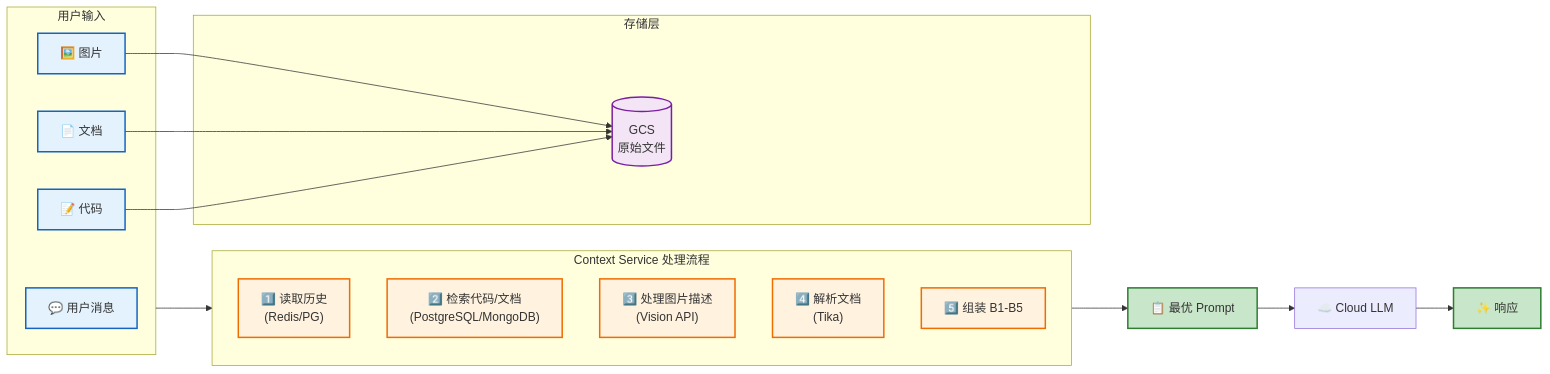
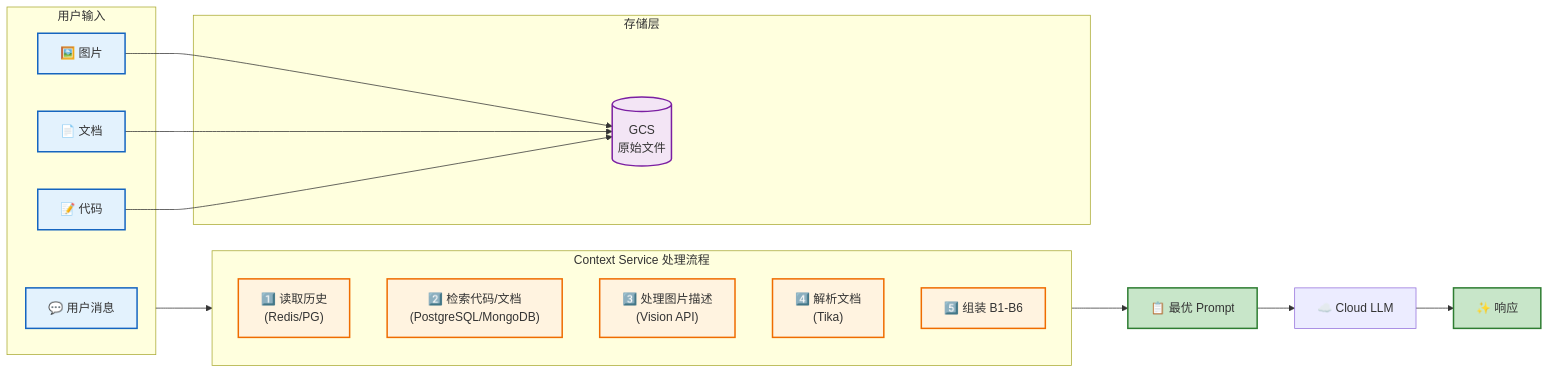
Before and after one commit to D15190304050/generic-agent: the second of 38 diagrams in discussions/ContextManagerV6.md, drawn with Mermaid. The commit also changed other lines of this file, not shown here.

````diff
--- a/discussions/ContextManagerV6.md
+++ b/discussions/ContextManagerV6.md
@@ -162,38 +162,38 @@
 ```mermaid
 flowchart LR
     classDef input fill:#e3f2fd,stroke:#1565c0,stroke-width:2px;
     classDef process fill:#fff3e0,stroke:#ef6c00,stroke-width:2px;
     classDef storage fill:#f3e5f5,stroke:#7b1fa2,stroke-width:2px;
     classDef output fill:#c8e6c9,stroke:#2e7d32,stroke-width:2px;
 
     subgraph Input ["用户输入"]
         Msg["💬 用户消息"]
         Img["🖼️ 图片"]
         Doc["📄 文档"]
         Code["📝 代码"]
     end
 
     subgraph CS ["Context Service 处理流程"]
         direction TB
         S1["1️⃣ 读取历史<br/>(Redis/PG)"]
         S2["2️⃣ 检索代码/文档<br/>(PostgreSQL/MongoDB)"]
         S3["3️⃣ 处理图片描述<br/>(Vision API)"]
         S4["4️⃣ 解析文档<br/>(Tika)"]
-        S5["5️⃣ 组装 B1-B5"]
+        S5["5️⃣ 组装 B1-B6"]
     end
 
     subgraph Storage ["存储层"]
         GCS[("GCS<br/>原始文件")]
     end
 
     Input --> CS
     Img & Doc & Code --> GCS
     CS --> Prompt["📋 最优 Prompt"]
     Prompt --> LLM["☁️ Cloud LLM"]
     LLM --> Response["✨ 响应"]
 
     class Msg,Img,Doc,Code input;
     class S1,S2,S3,S4,S5 process;
     class GCS storage;
     class Prompt,Response output;
 ```
````
